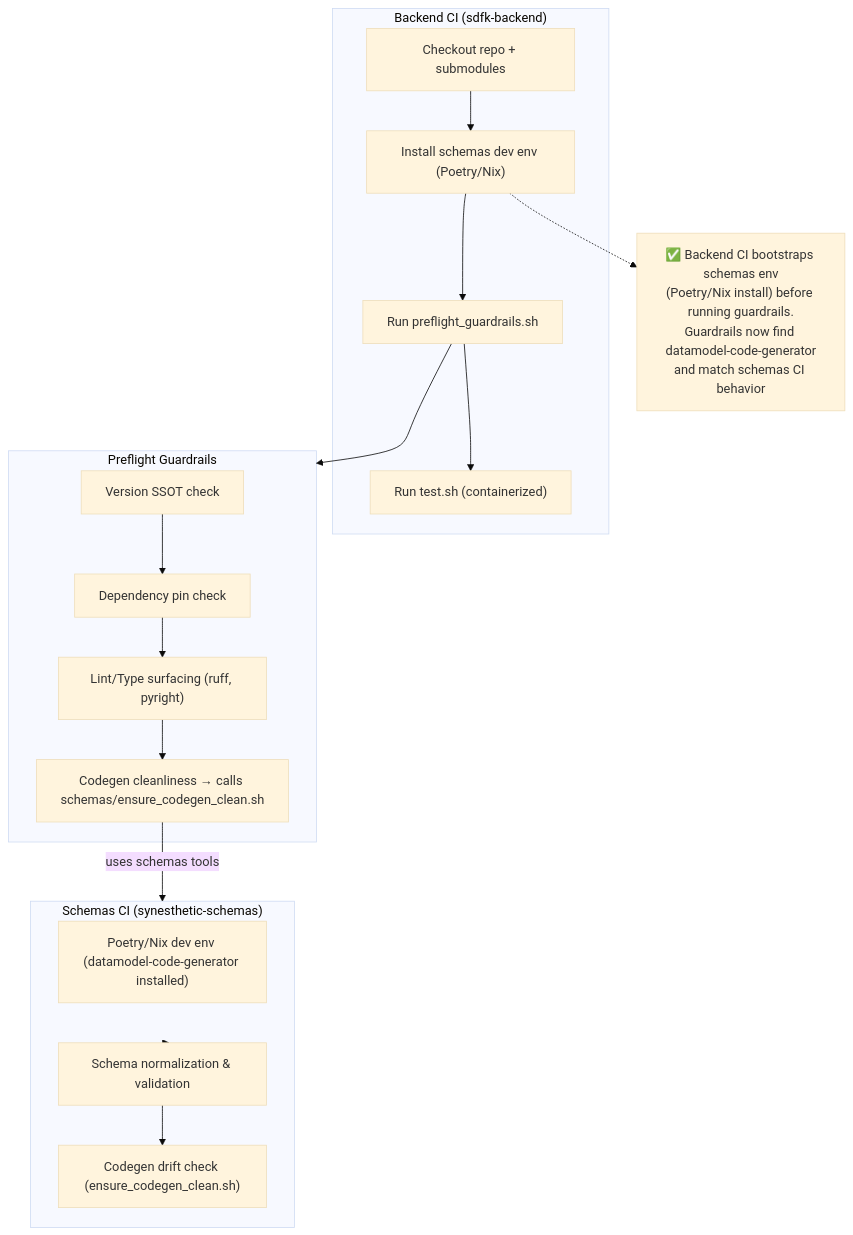
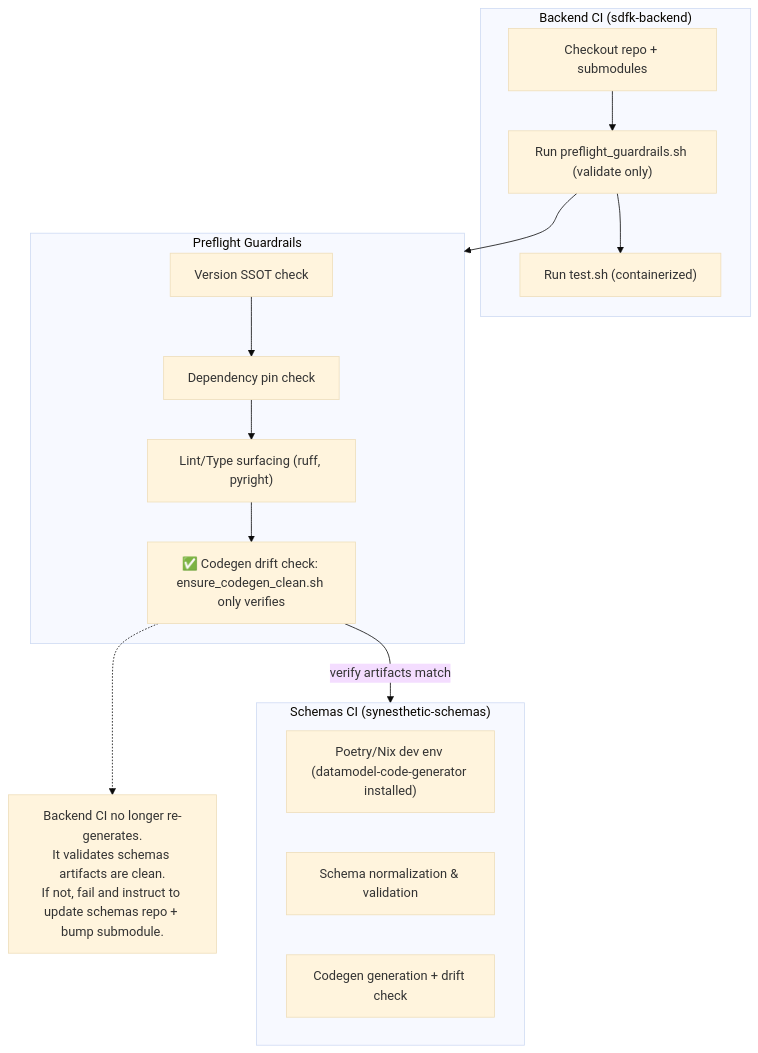
Before and after one commit to delk73/_today: the second of 2 diagrams in README.md, drawn with Mermaid (base theme). The commit also changed other lines of this file, not shown here.

Commit message:
updates ci cleanup for backend

````diff
--- a/README.md
+++ b/README.md
@@ -134,38 +130,34 @@
 ```mermaid
 flowchart TD
 
     subgraph Backend_CI["Backend CI (sdfk-backend)"]
         A1["Checkout repo + submodules"]
-        A1a["Install schemas dev env (Poetry/Nix)"]
-        A2["Run preflight_guardrails.sh"]
+        A2["Run preflight_guardrails.sh (validate only)"]
         A3["Run test.sh (containerized)"]
     end
 
     subgraph Guardrails["Preflight Guardrails"]
         G1["Version SSOT check"]
         G2["Dependency pin check"]
         G3["Lint/Type surfacing (ruff, pyright)"]
-        G4["Codegen cleanliness → calls schemas/ensure_codegen_clean.sh"]
+        G4["✅ Codegen drift check: ensure_codegen_clean.sh only verifies"]
     end
 
     subgraph Schemas_CI["Schemas CI (synesthetic-schemas)"]
         S1["Poetry/Nix dev env (datamodel-code-generator installed)"]
         S2["Schema normalization & validation"]
-        S3["Codegen drift check (ensure_codegen_clean.sh)"]
+        S3["Codegen generation + drift check"]
     end
 
     %% Backend Flow
-    A1 --> A1a --> A2 --> Guardrails
+    A1 --> A2 --> Guardrails
     A2 --> A3
 
     %% Guardrails Flow
     G1 --> G2 --> G3 --> G4
-    G4 -->|uses schemas tools| Schemas_CI
+    G4 -->|verify artifacts match| Schemas_CI
 
-    %% Schemas Flow
-    Schemas_CI --> S2 --> S3
-
-    %% Fix (as node)
-    N2["✅ Backend CI bootstraps schemas env\n(Poetry/Nix install) before running guardrails.\nGuardrails now find datamodel-code-generator\nand match schemas CI behavior"]
-    A1a -.-> N2
+    %% Fix
+    N2["Backend CI no longer re-generates.\nIt validates schemas artifacts are clean.\nIf not, fail and instruct to update schemas repo + bump submodule."]
+    G4 -.-> N2
 ```
````
